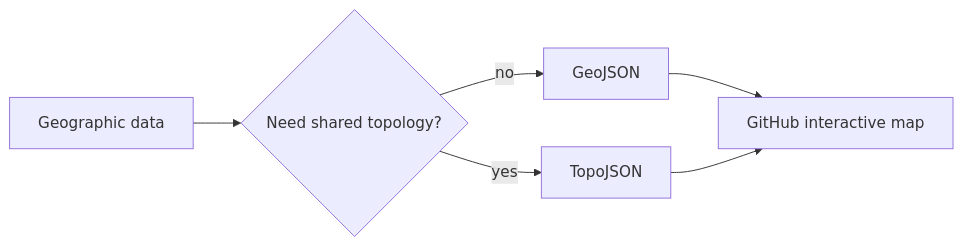
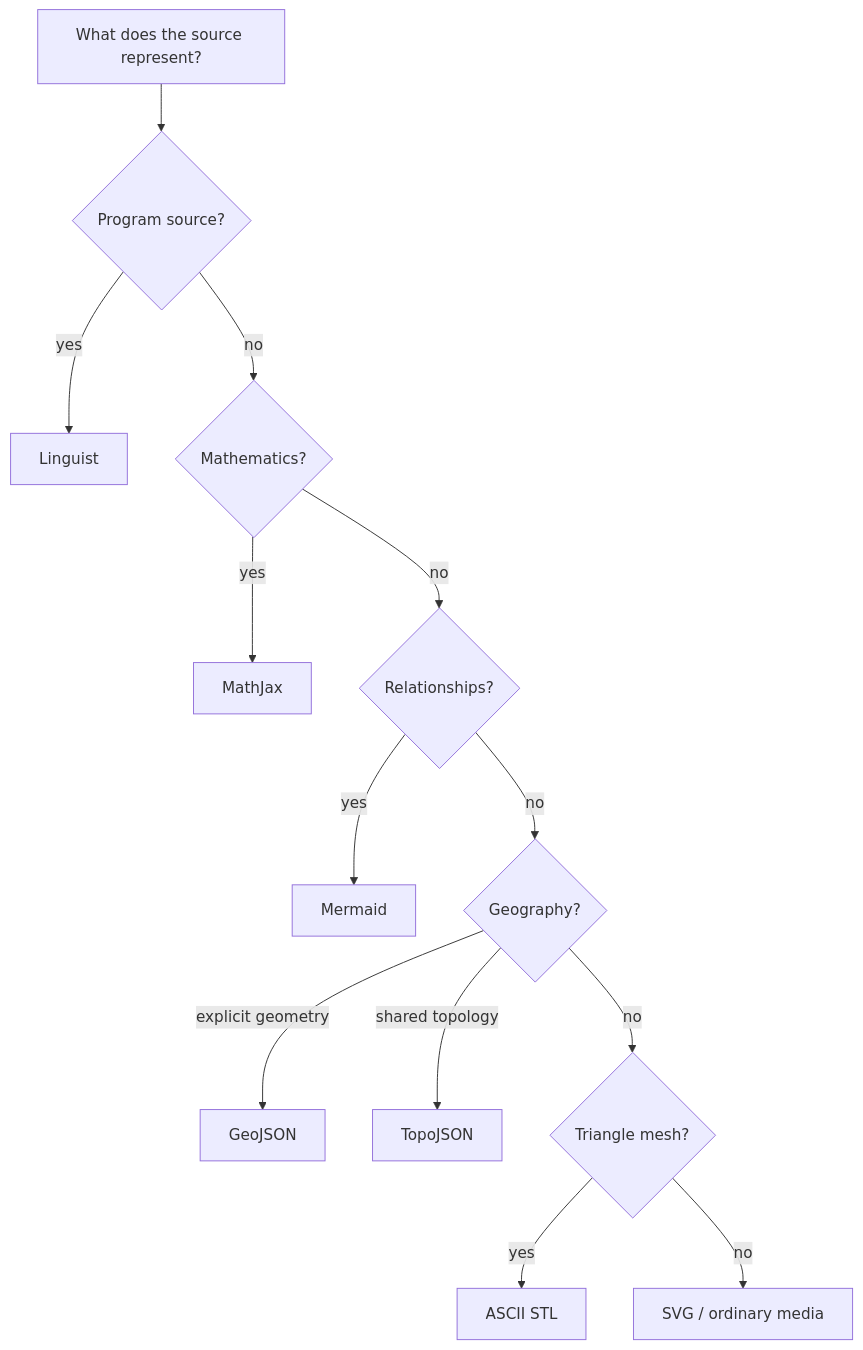
Before and after one commit to thiepn/markdown: the seventh of 8 diagrams in README.md, drawn with Mermaid. The commit also changed other lines of this file, not shown here.

Commit message:
M12: build interactive ASCII STL and 3D showcase

````diff
--- a/README.md
+++ b/README.md
@@ -1206,8 +1322,16 @@
 ```mermaid
-flowchart LR
-    DATA[Geographic data] --> Q{Need shared topology?}
-    Q -- no --> GJ[GeoJSON]
-    Q -- yes --> TJ[TopoJSON]
-    GJ --> MAP[GitHub interactive map]
-    TJ --> MAP
+flowchart TD
+    NEED[What does the source represent?]
+    NEED --> CODE{Program source?}
+    CODE -- yes --> L[Linguist]
+    CODE -- no --> MATH{Mathematics?}
+    MATH -- yes --> MJ[MathJax]
+    MATH -- no --> REL{Relationships?}
+    REL -- yes --> MM[Mermaid]
+    REL -- no --> GEO{Geography?}
+    GEO -- explicit geometry --> GJ[GeoJSON]
+    GEO -- shared topology --> TJ[TopoJSON]
+    GEO -- no --> MESH{Triangle mesh?}
+    MESH -- yes --> STL[ASCII STL]
+    MESH -- no --> SVG[SVG / ordinary media]
 ```
````
